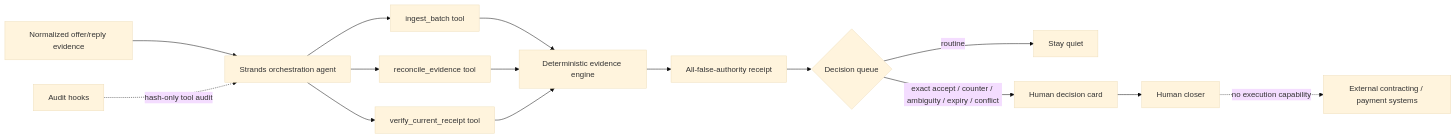
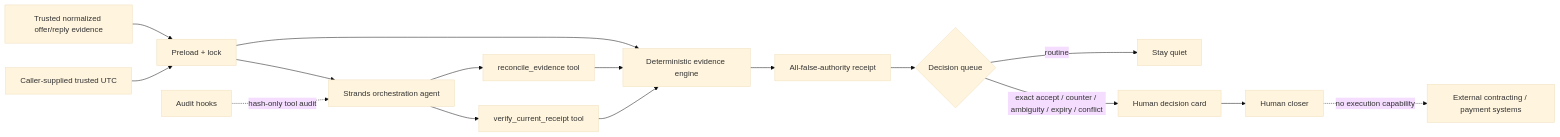
One commit to woahwhattheheck/commons changed the diagram in revenue/agents_for_humans/commercial_decision_relay/docs/architecture.md. Above: the diagram before and after it, drawn with Mermaid (base theme). The commit also changed other lines of this file and 12 other files, not shown here.

````diff
--- a/revenue/agents_for_humans/commercial_decision_relay/docs/architecture.md
+++ b/revenue/agents_for_humans/commercial_decision_relay/docs/architecture.md
@@ -3,17 +3,18 @@
 ```mermaid
 flowchart LR
-    A[Normalized offer/reply evidence] --> B[Strands orchestration agent]
-    B --> C[ingest_batch tool]
+    A[Trusted normalized offer/reply evidence] --> C[Preload + lock]
+    T[Caller-supplied trusted UTC] --> C
     C --> D[Deterministic evidence engine]
+    C --> B[Strands orchestration agent]
     B --> E[reconcile_evidence tool]
     E --> D
     D --> F[All-false-authority receipt]
     F --> G{Decision queue}
     G -->|routine| H[Stay quiet]
     G -->|exact accept / counter / ambiguity / expiry / conflict| I[Human decision card]
     B --> J[verify_current_receipt tool]
     J --> D
     K[Audit hooks] -. hash-only tool audit .-> B
     I --> L[Human closer]
     L -. no execution capability .-> M[External contracting / payment systems]
 ```
````
